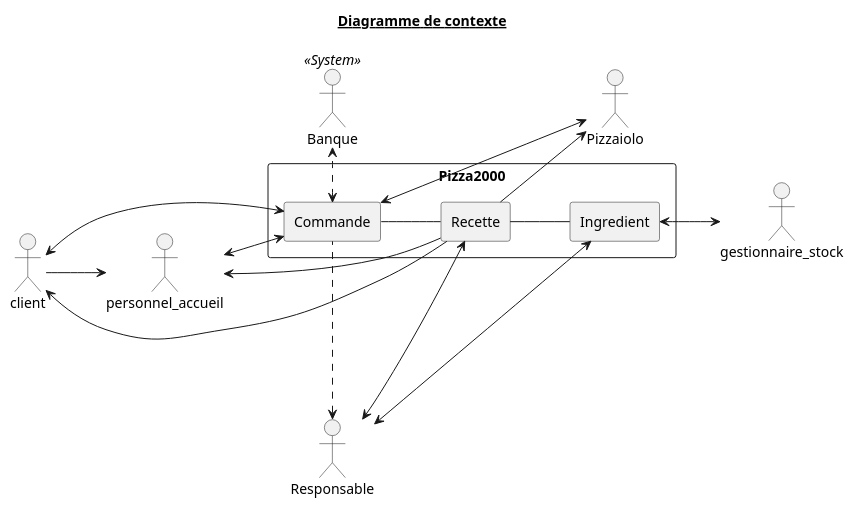
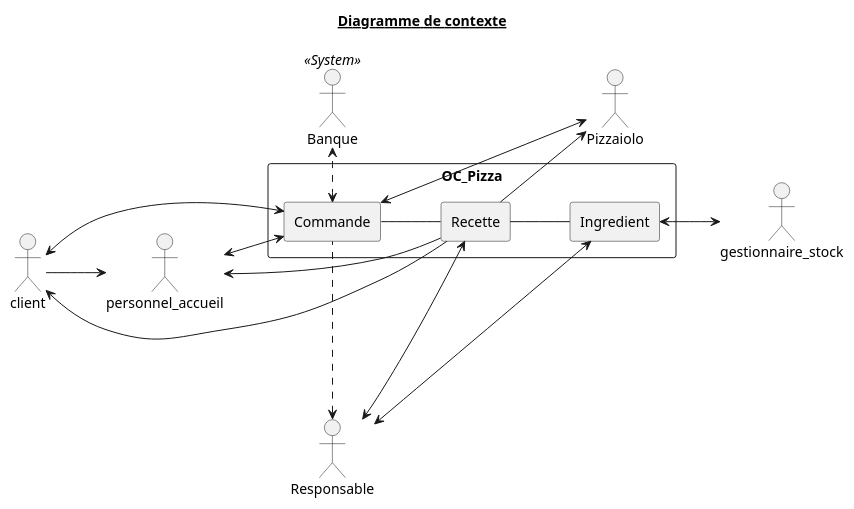
One commit to Zepmanbc/oc_dapython_pr4 changed the diagram in doc/uml/1_contextDiagram.puml. Above: the diagram before and after it, drawn with PlantUML. The commit also changed 24 other files, not shown here.

```diff
--- a/doc/uml/1_contextDiagram.puml
+++ b/doc/uml/1_contextDiagram.puml
@@ -1,40 +1,40 @@
-@startuml contextDiagram
+@startuml 1_contextDiagram
 title <u> Diagramme de contexte</u>
 left to right direction
 
 actor Responsable as RESP
 actor Pizzaiolo as PIZLO
 actor gestionnaire_stock as GEST
 actor personnel_accueil as ACCUEIL
 actor client as CUSTOMER
 actor Banque <<System>> as BANK
 
-rectangle Pizza2000 {
+rectangle OC_Pizza {
     rectangle Commande AS CMD
     rectangle Recette AS RECIPE
     rectangle Ingredient AS ITEM
 }
 
 CMD -- RECIPE
 RECIPE -- ITEM
 
 CUSTOMER --> ACCUEIL
 
 GEST <-u-> ITEM
 
 CUSTOMER <--> CMD
 CUSTOMER <-- RECIPE
 
 ACCUEIL <--> CMD
 ACCUEIL <-- RECIPE
 
 RESP <.. CMD
 RESP <--> RECIPE
 RESP <-l-> ITEM
 
 PIZLO <-u- RECIPE
 PIZLO <--> CMD
 
 BANK <.l.> CMD
 
 @enduml
```
